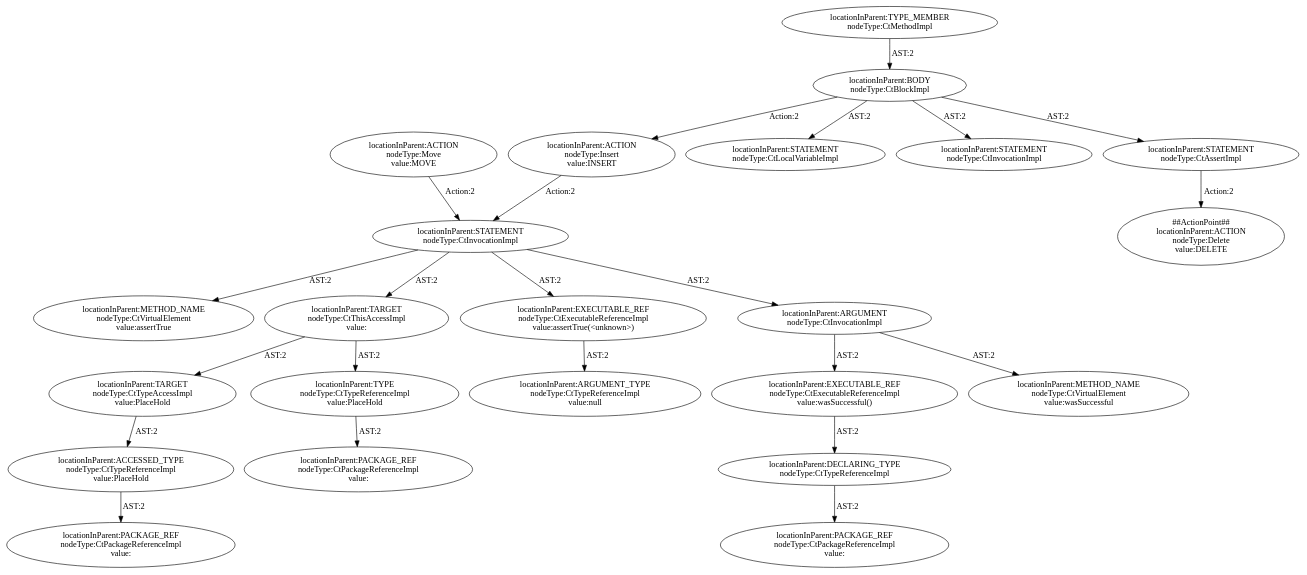
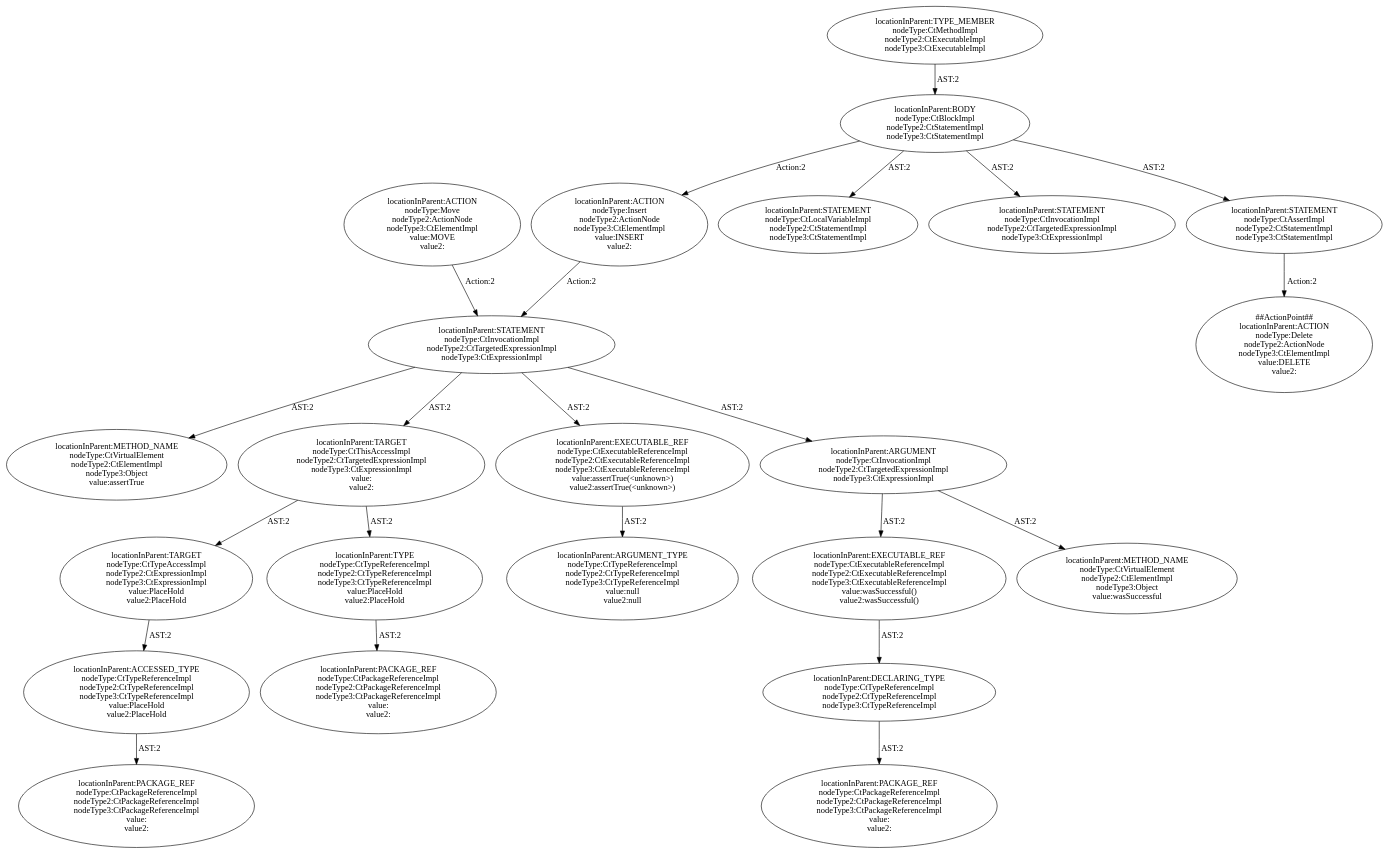
The diagram in codegraph4spoon/out/c3_junit_19_pattern_abstract_0.dot (ssmingz/FixGen), drawn with Graphviz before and after one commit. The commit also changed 55 other files, not shown here.

```diff
--- a/codegraph4spoon/out/c3_junit_19_pattern_abstract_0.dot
+++ b/codegraph4spoon/out/c3_junit_19_pattern_abstract_0.dot
@@ -1,86 +1,145 @@
 digraph "Pattern" {
 0 [label="##ActionPoint##
 locationInParent:ACTION
 nodeType:Delete
-value:DELETE" shape=ellipse]
+nodeType2:ActionNode
+nodeType3:CtElementImpl
+value:DELETE
+value2:" shape=ellipse]
 1 [label="locationInParent:STATEMENT
-nodeType:CtAssertImpl" shape=ellipse]
+nodeType:CtAssertImpl
+nodeType2:CtStatementImpl
+nodeType3:CtStatementImpl" shape=ellipse]
 2 [label="locationInParent:BODY
-nodeType:CtBlockImpl" shape=ellipse]
+nodeType:CtBlockImpl
+nodeType2:CtStatementImpl
+nodeType3:CtStatementImpl" shape=ellipse]
 3 [label="locationInParent:TYPE_MEMBER
-nodeType:CtMethodImpl" shape=ellipse]
+nodeType:CtMethodImpl
+nodeType2:CtExecutableImpl
+nodeType3:CtExecutableImpl" shape=ellipse]
 4 [label="locationInParent:STATEMENT
-nodeType:CtLocalVariableImpl" shape=ellipse]
+nodeType:CtLocalVariableImpl
+nodeType2:CtStatementImpl
+nodeType3:CtStatementImpl" shape=ellipse]
 5 [label="locationInParent:STATEMENT
-nodeType:CtInvocationImpl" shape=ellipse]
+nodeType:CtInvocationImpl
+nodeType2:CtTargetedExpressionImpl
+nodeType3:CtExpressionImpl" shape=ellipse]
 6 [label="locationInParent:ACTION
 nodeType:Insert
-value:INSERT" shape=ellipse]
+nodeType2:ActionNode
+nodeType3:CtElementImpl
+value:INSERT
+value2:" shape=ellipse]
 7 [label="locationInParent:STATEMENT
-nodeType:CtInvocationImpl" shape=ellipse]
+nodeType:CtInvocationImpl
+nodeType2:CtTargetedExpressionImpl
+nodeType3:CtExpressionImpl" shape=ellipse]
 8 [label="locationInParent:METHOD_NAME
 nodeType:CtVirtualElement
+nodeType2:CtElementImpl
+nodeType3:Object
 value:assertTrue" shape=ellipse]
 9 [label="locationInParent:TARGET
 nodeType:CtThisAccessImpl
-value:" shape=ellipse]
+nodeType2:CtTargetedExpressionImpl
+nodeType3:CtExpressionImpl
+value:
+value2:" shape=ellipse]
 10 [label="locationInParent:TYPE
 nodeType:CtTypeReferenceImpl
-value:PlaceHold" shape=ellipse]
+nodeType2:CtTypeReferenceImpl
+nodeType3:CtTypeReferenceImpl
+value:PlaceHold
+value2:PlaceHold" shape=ellipse]
 11 [label="locationInParent:PACKAGE_REF
 nodeType:CtPackageReferenceImpl
-value:" shape=ellipse]
+nodeType2:CtPackageReferenceImpl
+nodeType3:CtPackageReferenceImpl
+value:
+value2:" shape=ellipse]
 12 [label="locationInParent:TARGET
 nodeType:CtTypeAccessImpl
-value:PlaceHold" shape=ellipse]
+nodeType2:CtExpressionImpl
+nodeType3:CtExpressionImpl
+value:PlaceHold
+value2:PlaceHold" shape=ellipse]
 13 [label="locationInParent:ACCESSED_TYPE
 nodeType:CtTypeReferenceImpl
-value:PlaceHold" shape=ellipse]
+nodeType2:CtTypeReferenceImpl
+nodeType3:CtTypeReferenceImpl
+value:PlaceHold
+value2:PlaceHold" shape=ellipse]
 14 [label="locationInParent:PACKAGE_REF
 nodeType:CtPackageReferenceImpl
-value:" shape=ellipse]
+nodeType2:CtPackageReferenceImpl
+nodeType3:CtPackageReferenceImpl
+value:
+value2:" shape=ellipse]
 15 [label="locationInParent:EXECUTABLE_REF
 nodeType:CtExecutableReferenceImpl
-value:assertTrue(<unknown>)" shape=ellipse]
+nodeType2:CtExecutableReferenceImpl
+nodeType3:CtExecutableReferenceImpl
+value:assertTrue(<unknown>)
+value2:assertTrue(<unknown>)" shape=ellipse]
 16 [label="locationInParent:ARGUMENT_TYPE
 nodeType:CtTypeReferenceImpl
-value:null" shape=ellipse]
+nodeType2:CtTypeReferenceImpl
+nodeType3:CtTypeReferenceImpl
+value:null
+value2:null" shape=ellipse]
 17 [label="locationInParent:ARGUMENT
-nodeType:CtInvocationImpl" shape=ellipse]
+nodeType:CtInvocationImpl
+nodeType2:CtTargetedExpressionImpl
+nodeType3:CtExpressionImpl" shape=ellipse]
 18 [label="locationInParent:METHOD_NAME
 nodeType:CtVirtualElement
+nodeType2:CtElementImpl
+nodeType3:Object
 value:wasSuccessful" shape=ellipse]
 19 [label="locationInParent:EXECUTABLE_REF
 nodeType:CtExecutableReferenceImpl
-value:wasSuccessful()" shape=ellipse]
+nodeType2:CtExecutableReferenceImpl
+nodeType3:CtExecutableReferenceImpl
+value:wasSuccessful()
+value2:wasSuccessful()" shape=ellipse]
 20 [label="locationInParent:DECLARING_TYPE
-nodeType:CtTypeReferenceImpl" shape=ellipse]
+nodeType:CtTypeReferenceImpl
+nodeType2:CtTypeReferenceImpl
+nodeType3:CtTypeReferenceImpl" shape=ellipse]
 21 [label="locationInParent:PACKAGE_REF
 nodeType:CtPackageReferenceImpl
-value:" shape=ellipse]
+nodeType2:CtPackageReferenceImpl
+nodeType3:CtPackageReferenceImpl
+value:
+value2:" shape=ellipse]
 22 [label="locationInParent:ACTION
 nodeType:Move
-value:MOVE" shape=ellipse]
+nodeType2:ActionNode
+nodeType3:CtElementImpl
+value:MOVE
+value2:" shape=ellipse]
 1 -> 0 [label="Action:2"];
 2 -> 1 [label="AST:2"];
 2 -> 4 [label="AST:2"];
 2 -> 5 [label="AST:2"];
 2 -> 6 [label="Action:2"];
 3 -> 2 [label="AST:2"];
 6 -> 7 [label="Action:2"];
 7 -> 8 [label="AST:2"];
 7 -> 9 [label="AST:2"];
 7 -> 15 [label="AST:2"];
 7 -> 17 [label="AST:2"];
 9 -> 10 [label="AST:2"];
 9 -> 12 [label="AST:2"];
 10 -> 11 [label="AST:2"];
 12 -> 13 [label="AST:2"];
 13 -> 14 [label="AST:2"];
 15 -> 16 [label="AST:2"];
 17 -> 18 [label="AST:2"];
 17 -> 19 [label="AST:2"];
 19 -> 20 [label="AST:2"];
 20 -> 21 [label="AST:2"];
 22 -> 7 [label="Action:2"];
 }
```
